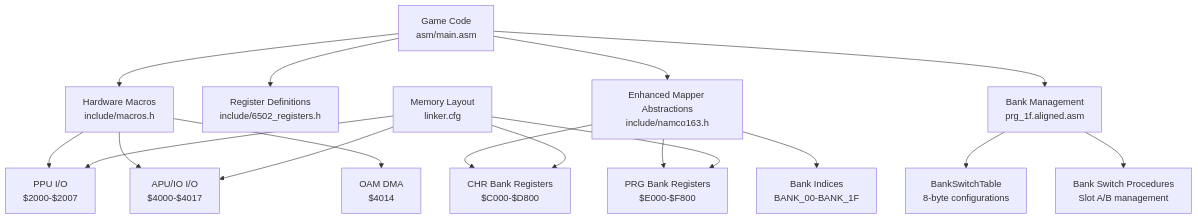
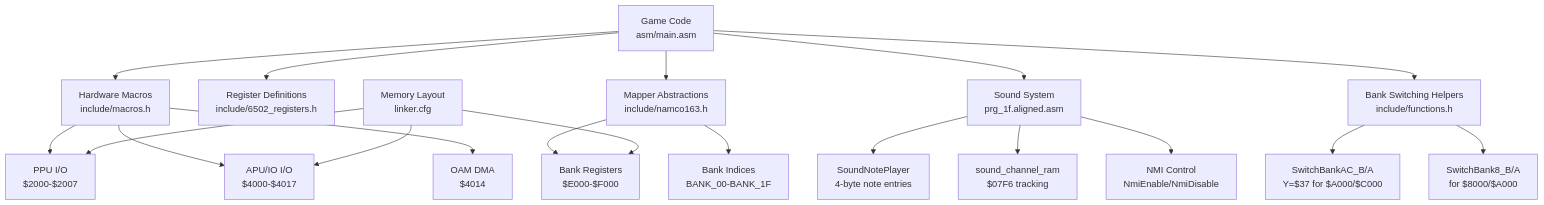
The second of 5 diagrams in .qoder/repowiki/en/content/Hardware Abstraction Layer/Hardware Abstraction Layer.md (rabbyzero/sango2dasm), drawn with Mermaid before and after one commit. The commit also changed other lines of this file and 21 other files, not shown here.

Commit message:
comment aligned. bank $17 $18 parsing.

````diff
--- a/.qoder/repowiki/en/content/Hardware Abstraction Layer/Hardware Abstraction Layer.md
+++ b/.qoder/repowiki/en/content/Hardware Abstraction Layer/Hardware Abstraction Layer.md
@@ -154,19 +163,21 @@
 ```mermaid
 graph TB
 GAME["Game Code<br/>asm/main.asm"] --> MACROS["Hardware Macros<br/>include/macros.h"]
 GAME --> REGDEF["Register Definitions<br/>include/6502_registers.h"]
-GAME --> MAPPER["Enhanced Mapper Abstractions<br/>include/namco163.h"]
-GAME --> BANKMGR["Bank Management<br/>prg_1f.aligned.asm"]
+GAME --> MAPPER["Mapper Abstractions<br/>include/namco163.h"]
+GAME --> SOUND["Sound System<br/>prg_1f.aligned.asm"]
+GAME --> HELPERS["Bank Switching Helpers<br/>include/functions.h"]
 MACROS --> PPU["PPU I/O<br/>$2000-$2007"]
 MACROS --> APU["APU/IO I/O<br/>$4000-$4017"]
 MACROS --> DMA["OAM DMA<br/>$4014"]
-MAPPER --> CHRBANK["CHR Bank Registers<br/>$C000-$D800"]
-MAPPER --> PRGBANK["PRG Bank Registers<br/>$E000-$F800"]
+MAPPER --> BANKREG["Bank Registers<br/>$E000-$F000"]
 MAPPER --> BANKIDX["Bank Indices<br/>BANK_00-BANK_1F"]
-BANKMGR --> BANKTABLE["BankSwitchTable<br/>8-byte configurations"]
-BANKMGR --> SWITCHPROC["Bank Switch Procedures<br/>Slot A/B management"]
+SOUND --> NOTEPLAYER["SoundNotePlayer<br/>4-byte note entries"]
+SOUND --> CHANNELRAM["sound_channel_ram<br/>$07F6 tracking"]
+SOUND --> NMICTRL["NMI Control<br/>NmiEnable/NmiDisable"]
+HELPERS --> SWITCHAC["SwitchBankAC_B/A<br/>Y=$37 for $A000/$C000"]
+HELPERS --> SWITCH8["SwitchBank8_B/A<br/>for $8000/$A000"]
 MEM["Memory Layout<br/>linker.cfg"] --> PPU
 MEM --> APU
-MEM --> CHRBANK
-MEM --> PRGBANK
+MEM --> BANKREG
 ```
````
